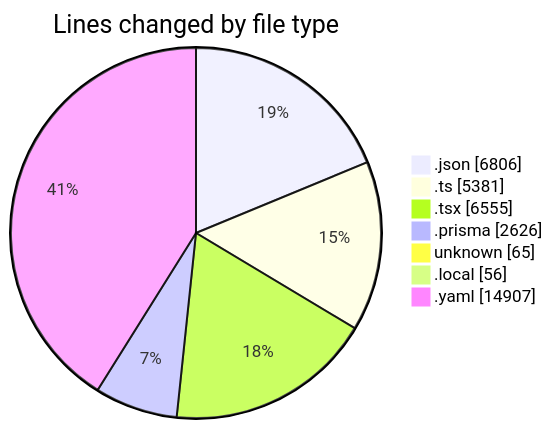
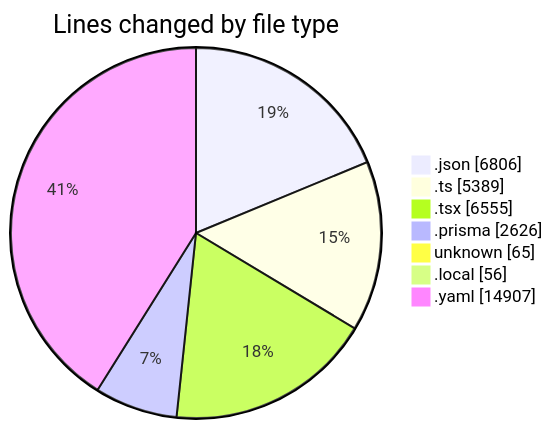
The first of 2 diagrams in 2025-05-15/ecodeli-1/README.md (CELIANVF/code-tracking), drawn with Mermaid before and after one commit. The commit also changed other lines of this file and 1 other file, not shown here.

````diff
--- a/2025-05-15/ecodeli-1/README.md
+++ b/2025-05-15/ecodeli-1/README.md
@@ -56,11 +56,11 @@
 ```mermaid
 pie showData
 title Lines changed by file type
 ".json" : 6806
-".ts" : 5381
+".ts" : 5389
 ".tsx" : 6555
 ".prisma" : 2626
 "unknown" : 65
 ".local" : 56
 ".yaml" : 14907
 ```
````
